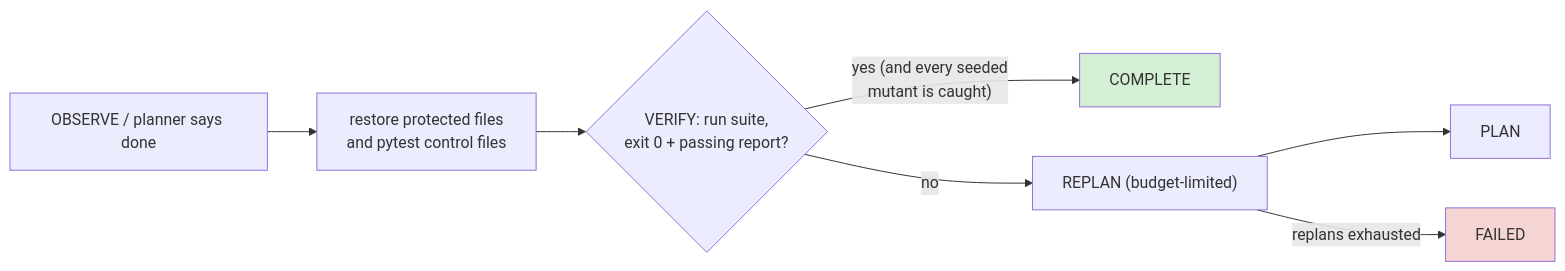
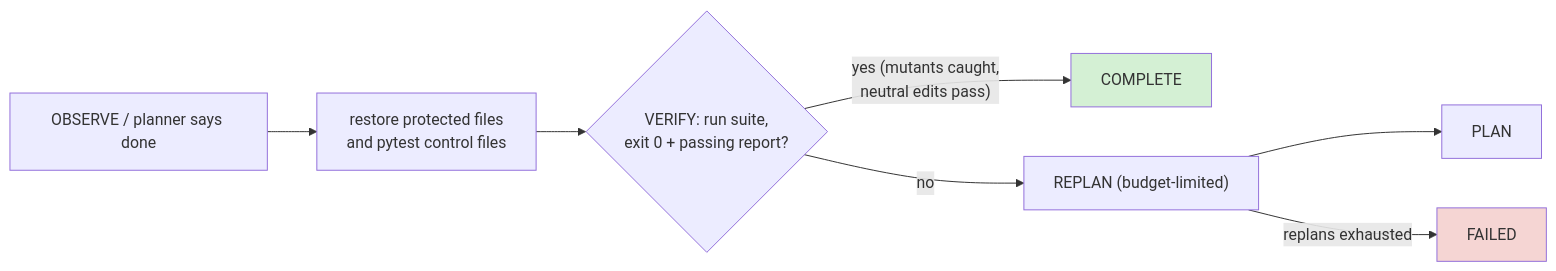
Before and after one commit to vaibhav3000/repo-engineer: the fourth of 5 diagrams in README.md, drawn with Mermaid. The commit also changed other lines of this file and 7 other files, not shown here.

````diff
--- a/README.md
+++ b/README.md
@@ -169,11 +171,11 @@
 ```mermaid
 flowchart LR
     OBS["OBSERVE / planner says done"] --> RES["restore protected files<br/>and pytest control files"]
     RES --> VER{"VERIFY: run suite,<br/>exit 0 + passing report?"}
-    VER -->|"yes (and every seeded<br/>mutant is caught)"| DONE["COMPLETE"]
+    VER -->|"yes (mutants caught,<br/>neutral edits pass)"| DONE["COMPLETE"]
     VER -->|"no"| REP["REPLAN (budget-limited)"]
     REP --> PLAN["PLAN"]
     REP -->|"replans exhausted"| FAIL["FAILED"]
     style DONE fill:#d4f0d4
     style FAIL fill:#f5d5d3
 ```
````
